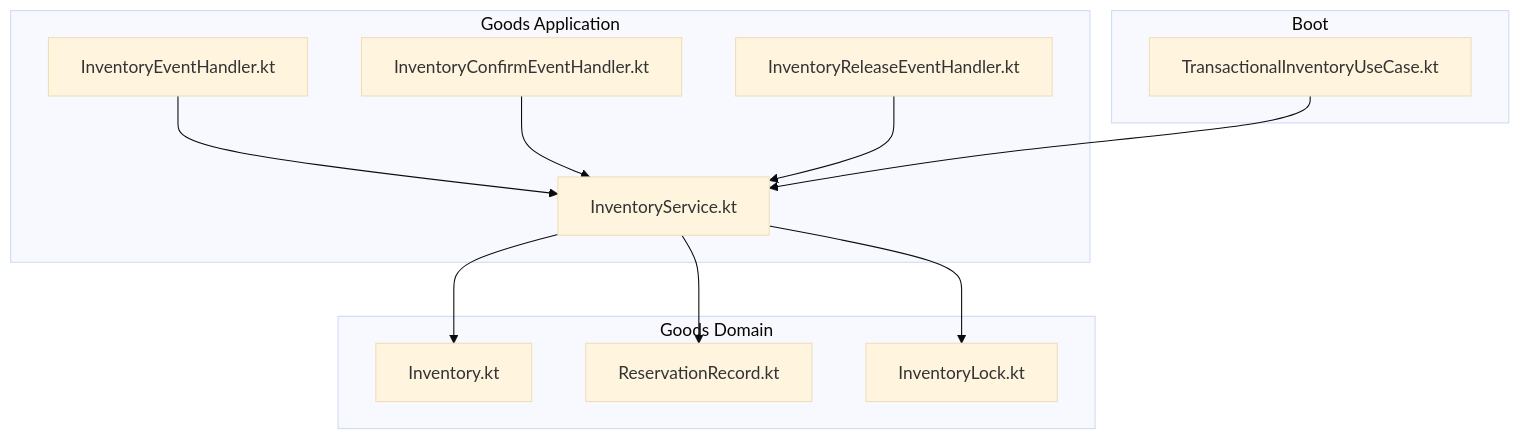
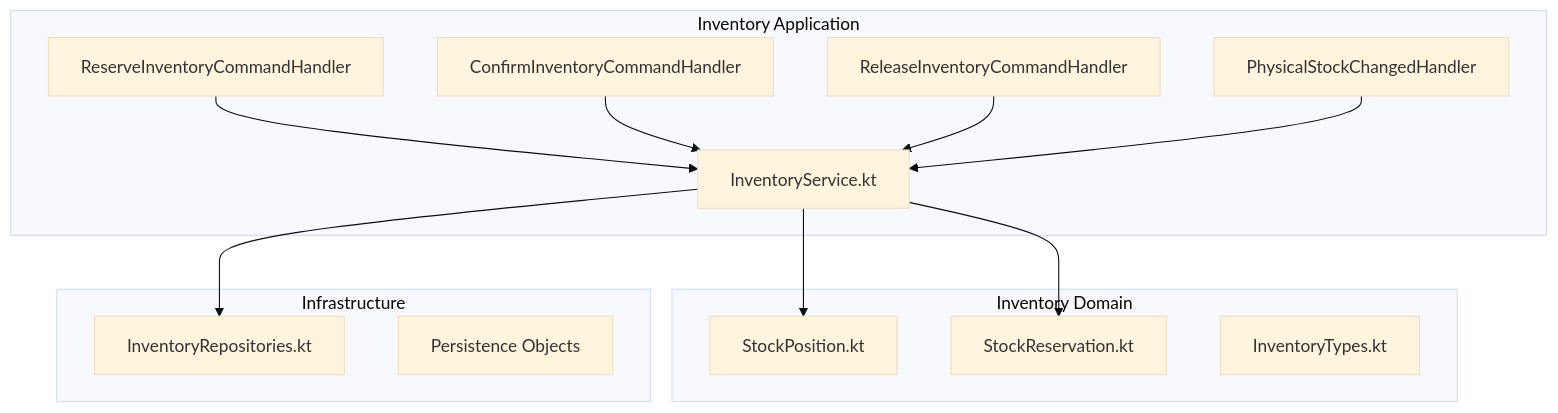
One commit to ddd-mall/j-store changed the first of 7 diagrams in .qoder/repowiki/en/content/Goods Catalog Module/Inventory Management System/Inventory Management System.md. Above: the diagram before and after it, drawn with Mermaid (base theme). The commit also changed other lines of this file and 334 other files, not shown here.

````diff
--- a/.qoder/repowiki/en/content/Goods Catalog Module/Inventory Management System/Inventory Management System.md
+++ b/.qoder/repowiki/en/content/Goods Catalog Module/Inventory Management System/Inventory Management System.md
@@ -40,24 +49,26 @@
 ```mermaid
 graph TB
-subgraph "Goods Domain"
-INV["Inventory.kt"]
-RR["ReservationRecord.kt"]
-LOCK["InventoryLock.kt"]
+subgraph "Inventory Domain"
+SP["StockPosition.kt"]
+SR["StockReservation.kt"]
+IT["InventoryTypes.kt"]
 end
-subgraph "Goods Application"
+subgraph "Inventory Application"
 SVC["InventoryService.kt"]
-EH1["InventoryEventHandler.kt"]
-EH2["InventoryConfirmEventHandler.kt"]
-EH3["InventoryReleaseEventHandler.kt"]
+EH1["ReserveInventoryCommandHandler"]
+EH2["ConfirmInventoryCommandHandler"]
+EH3["ReleaseInventoryCommandHandler"]
+EH4["PhysicalStockChangedHandler"]
 end
-subgraph "Boot"
-TX["TransactionalInventoryUseCase.kt"]
+subgraph "Infrastructure"
+REP["InventoryRepositories.kt"]
+PO["Persistence Objects"]
 end
-SVC --> INV
-SVC --> RR
-SVC --> LOCK
+SVC --> SP
+SVC --> SR
+SVC --> REP
 EH1 --> SVC
 EH2 --> SVC
 EH3 --> SVC
-TX --> SVC
+EH4 --> SVC
 ```
````
